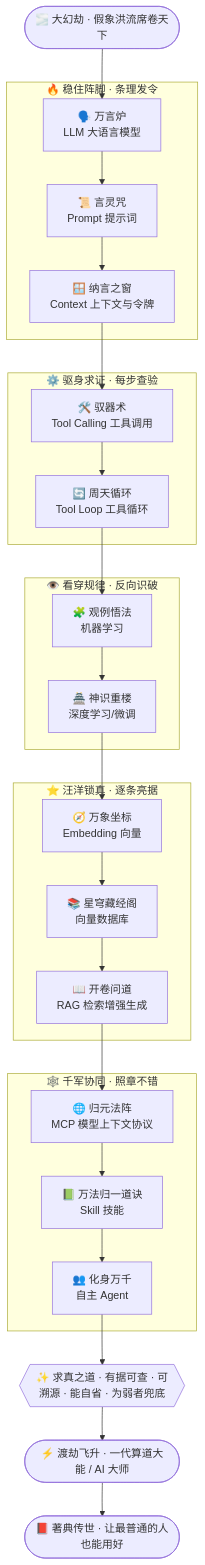
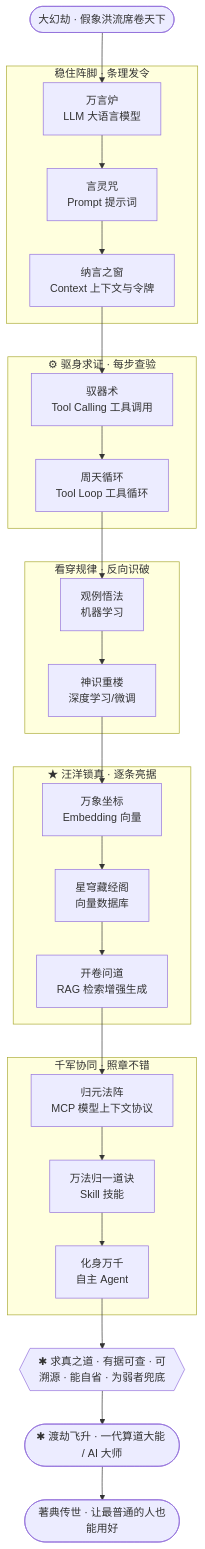
The diagram in docs/09_STORY_修仙学AI/STORY-渡劫/[STORY-章节-128] 第14章 渡劫飞升·算道大成.md (luckykhy/KhyAiHub), drawn with Mermaid before and after one commit. The commit also changed other lines of this file and 19 other files, not shown here.

````diff
--- a/docs/09_STORY_修仙学AI/STORY-渡劫/[STORY-章节-128] 第14章 渡劫飞升·算道大成.md
+++ b/docs/09_STORY_修仙学AI/STORY-渡劫/[STORY-章节-128] 第14章 渡劫飞升·算道大成.md
@@ -385,45 +385,45 @@
 ```mermaid
 flowchart TD
-    START([🌫️ 大幻劫 · 假象洪流席卷天下]) --> LLM
+    START([大幻劫 · 假象洪流席卷天下]) --> LLM
 
-    subgraph 稳阵脚[🔥 稳住阵脚 · 条理发令]
-        LLM[🗣️ 万言炉<br/>LLM 大语言模型]
-        PROMPT[📜 言灵咒<br/>Prompt 提示词]
-        CTX[🪟 纳言之窗<br/>Context 上下文与令牌]
+    subgraph 稳阵脚[稳住阵脚 · 条理发令]
+        LLM[万言炉<br/>LLM 大语言模型]
+        PROMPT[言灵咒<br/>Prompt 提示词]
+        CTX[纳言之窗<br/>Context 上下文与令牌]
         LLM --> PROMPT --> CTX
     end
 
-    subgraph 求证[⚙️ 驱身求证 · 每步查验]
-        TOOL[🛠️ 驭器术<br/>Tool Calling 工具调用]
-        LOOP[🔄 周天循环<br/>Tool Loop 工具循环]
+    subgraph 求证[⚙ 驱身求证 · 每步查验]
+        TOOL[驭器术<br/>Tool Calling 工具调用]
+        LOOP[周天循环<br/>Tool Loop 工具循环]
         TOOL --> LOOP
     end
 
-    subgraph 看穿[👁️ 看穿规律 · 反向识破]
-        ML[🧩 观例悟法<br/>机器学习]
-        DL[🏯 神识重楼<br/>深度学习/微调]
+    subgraph 看穿[看穿规律 · 反向识破]
+        ML[观例悟法<br/>机器学习]
+        DL[神识重楼<br/>深度学习/微调]
         ML --> DL
     end
 
-    subgraph 锁真[⭐ 汪洋锁真 · 逐条亮据]
-        EMB[🧭 万象坐标<br/>Embedding 向量]
-        VDB[📚 星穹藏经阁<br/>向量数据库]
-        RAG[📖 开卷问道<br/>RAG 检索增强生成]
+    subgraph 锁真[★ 汪洋锁真 · 逐条亮据]
+        EMB[万象坐标<br/>Embedding 向量]
+        VDB[星穹藏经阁<br/>向量数据库]
+        RAG[开卷问道<br/>RAG 检索增强生成]
         EMB --> VDB --> RAG
     end
 
-    subgraph 协同[🕸️ 千军协同 · 照章不错]
-        MCP[🌐 归元法阵<br/>MCP 模型上下文协议]
-        SKILL[📗 万法归一道诀<br/>Skill 技能]
-        AGENT[👥 化身万千<br/>自主 Agent]
+    subgraph 协同[千军协同 · 照章不错]
+        MCP[归元法阵<br/>MCP 模型上下文协议]
+        SKILL[万法归一道诀<br/>Skill 技能]
+        AGENT[化身万千<br/>自主 Agent]
         MCP --> SKILL --> AGENT
     end
 
     CTX --> TOOL
     LOOP --> ML
     DL --> EMB
     RAG --> MCP
-    AGENT --> TRUTH{{✨ 求真之道 · 有据可查 · 可溯源 · 能自省 · 为弱者兜底}}
-    TRUTH --> ASCEND([⚡ 渡劫飞升 · 一代算道大能 / AI 大师])
-    ASCEND --> BOOK([📕 著典传世 · 让最普通的人也能用好])
+    AGENT --> TRUTH{{✱ 求真之道 · 有据可查 · 可溯源 · 能自省 · 为弱者兜底}}
+    TRUTH --> ASCEND([✱ 渡劫飞升 · 一代算道大能 / AI 大师])
+    ASCEND --> BOOK([著典传世 · 让最普通的人也能用好])
 ```
````
